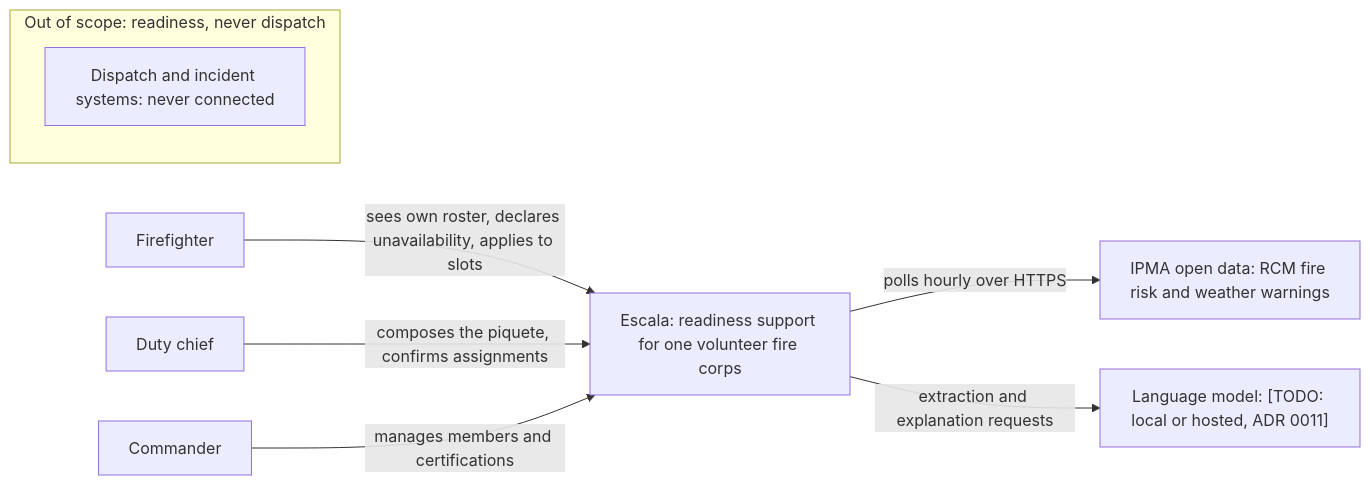
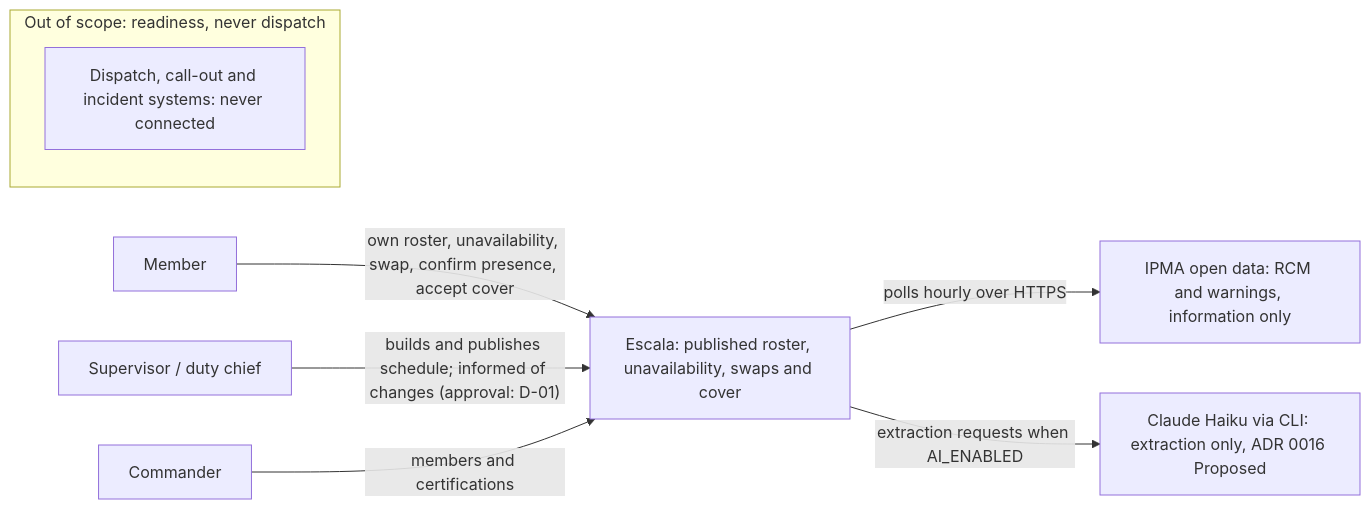
Before and after one commit to DiogoC0307/LABDSOF_2627_1221137_1211439_1211514_1250505: the first of 5 diagrams in docs/architecture/technical-design.md, drawn with Mermaid. The commit also changed other lines of this file and 3 other files, not shown here.

Commit message:
docs(architecture): fix the technical design (SCRUM-39)

````diff
--- a/docs/architecture/technical-design.md
+++ b/docs/architecture/technical-design.md
@@ -31,17 +24,17 @@
 ```mermaid
 flowchart LR
-  ff["Firefighter"]
-  dc["Duty chief"]
+  mem["Member"]
+  sup["Supervisor / duty chief"]
   cmd["Commander"]
-  escala["Escala: readiness support for one volunteer fire corps"]
-  ipma["IPMA open data: RCM fire risk and weather warnings"]
-  llm["Language model: [TODO: local or hosted, ADR 0011]"]
+  escala["Escala: published roster, unavailability, swaps and cover"]
+  ipma["IPMA open data: RCM and warnings, information only"]
+  llm["Claude Haiku via CLI: extraction only, ADR 0016 Proposed"]
   subgraph out["Out of scope: readiness, never dispatch"]
-    dispatch["Dispatch and incident systems: never connected"]
+    dispatch["Dispatch, call-out and incident systems: never connected"]
   end
-  ff -->|"sees own roster, declares unavailability, applies to slots"| escala
-  dc -->|"composes the piquete, confirms assignments"| escala
-  cmd -->|"manages members and certifications"| escala
+  mem -->|"own roster, unavailability, swap, confirm presence, accept cover"| escala
+  sup -->|"builds and publishes schedule; informed of changes (approval: D-01)"| escala
+  cmd -->|"members and certifications"| escala
   escala -->|"polls hourly over HTTPS"| ipma
-  escala -->|"extraction and explanation requests"| llm
+  escala -->|"extraction requests when AI_ENABLED"| llm
 ```
````
